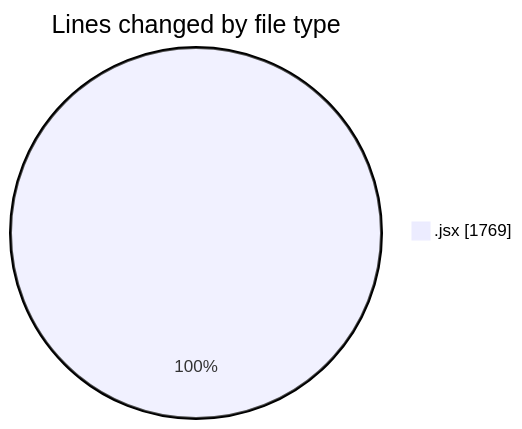
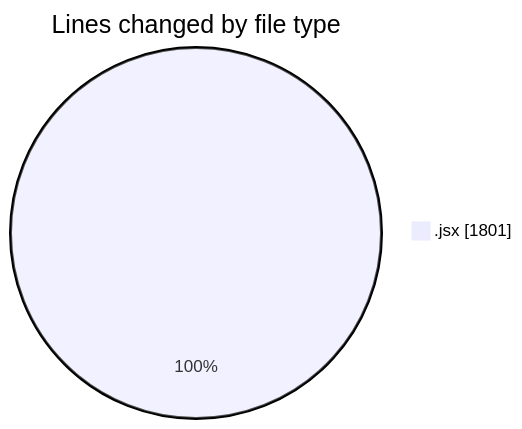
The first of 2 diagrams in 2025-05-13/argos-dev/README.md (nxtqubesakshisongat/code-tracking), drawn with Mermaid before and after one commit. The commit also changed other lines of this file and 1 other file, not shown here.

````diff
--- a/2025-05-13/argos-dev/README.md
+++ b/2025-05-13/argos-dev/README.md
@@ -23,5 +23,5 @@
 ```mermaid
 pie showData
 title Lines changed by file type
-".jsx" : 1769
+".jsx" : 1801
 ```
````
